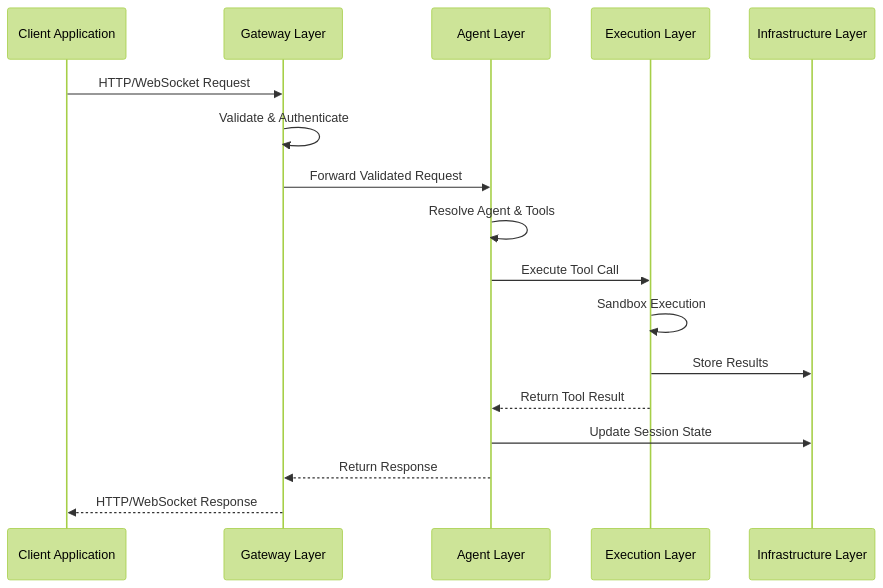
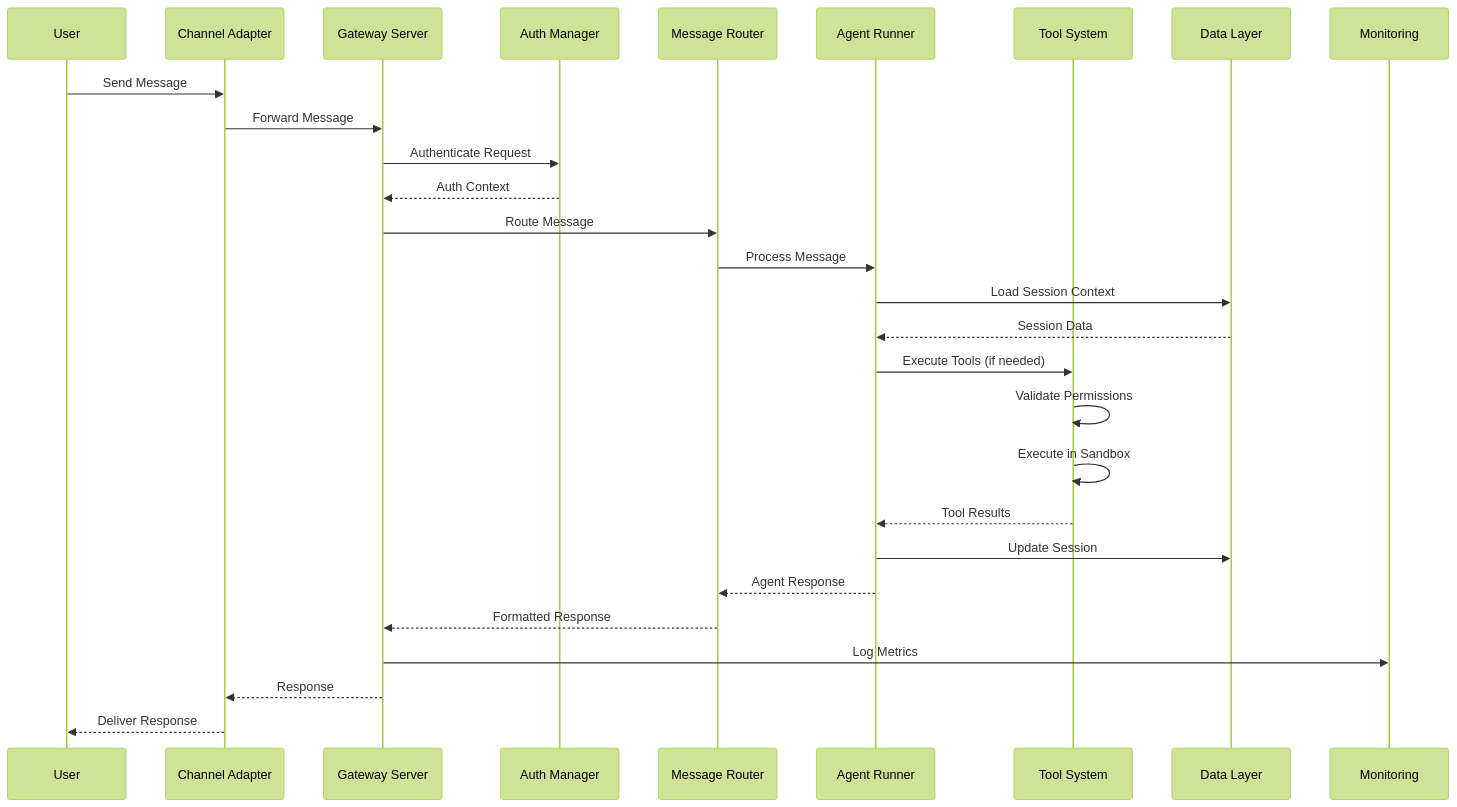
Before and after one commit to msellamiTN/openclaw: the second of 25 diagrams in REFERENCE_ARCHITECTURE_TEMPLATE.md, drawn with Mermaid (forest theme). The commit also changed other lines of this file, not shown here.

````diff
--- a/REFERENCE_ARCHITECTURE_TEMPLATE.md
+++ b/REFERENCE_ARCHITECTURE_TEMPLATE.md
@@ -83,20 +97,36 @@
 ```mermaid
 sequenceDiagram
-    participant Client as Client Application
-    participant Gateway as Gateway Layer
-    participant Agent as Agent Layer
-    participant Exec as Execution Layer
-    participant Infra as Infrastructure Layer
+    participant User as User
+    participant Channel as Channel Adapter
+    participant Gateway as Gateway Server
+    participant Auth as Auth Manager
+    participant Router as Message Router
+    participant Agent as Agent Runner
+    participant Tools as Tool System
+    participant Data as Data Layer
+    participant Monitor as Monitoring
     
-    Client->>Gateway: HTTP/WebSocket Request
-    Gateway->>Gateway: Validate & Authenticate
-    Gateway->>Agent: Forward Validated Request
-    Agent->>Agent: Resolve Agent & Tools
-    Agent->>Exec: Execute Tool Call
-    Exec->>Exec: Sandbox Execution
-    Exec->>Infra: Store Results
-    Exec-->>Agent: Return Tool Result
-    Agent->>Infra: Update Session State
-    Agent-->>Gateway: Return Response
-    Gateway-->>Client: HTTP/WebSocket Response
+    User->>Channel: Send Message
+    Channel->>Gateway: Forward Message
+    Gateway->>Auth: Authenticate Request
+    Auth-->>Gateway: Auth Context
+    
+    Gateway->>Router: Route Message
+    Router->>Agent: Process Message
+    
+    Agent->>Data: Load Session Context
+    Data-->>Agent: Session Data
+    
+    Agent->>Tools: Execute Tools (if needed)
+    Tools->>Tools: Validate Permissions
+    Tools->>Tools: Execute in Sandbox
+    Tools-->>Agent: Tool Results
+    
+    Agent->>Data: Update Session
+    Agent-->>Router: Agent Response
+    
+    Router-->>Gateway: Formatted Response
+    Gateway->>Monitor: Log Metrics
+    Gateway-->>Channel: Response
+    Channel-->>User: Deliver Response
 ```
````
